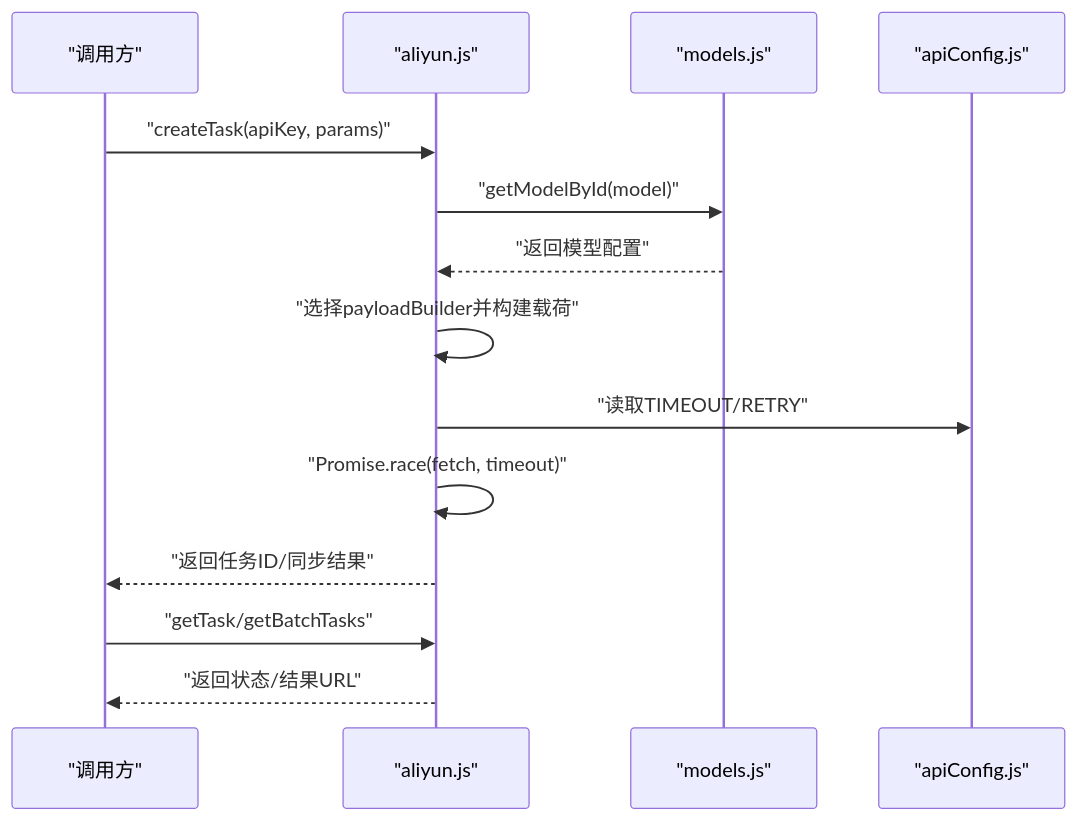
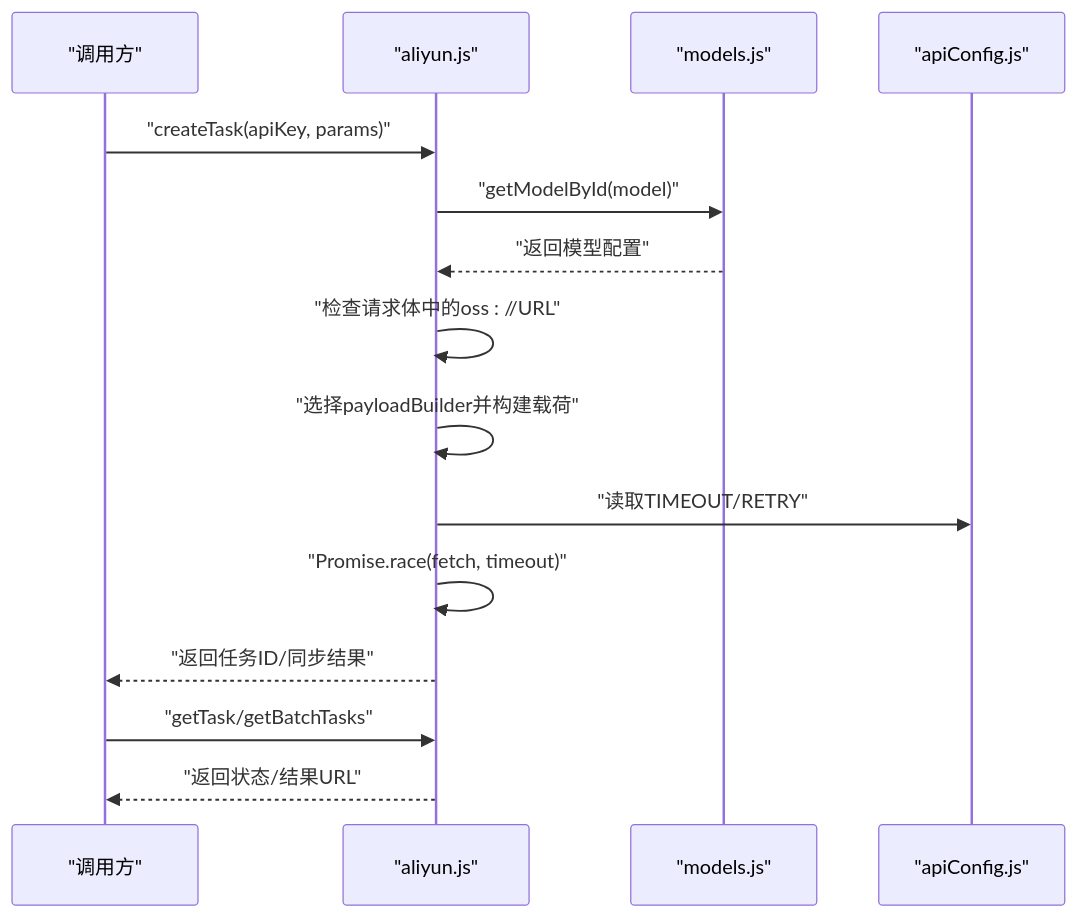
Before and after one commit to alex0001yyy/wan-app: the fifth of 8 diagrams in .qoder/repowiki/zh/content/架构设计/服务层架构/工具函数服务.md, drawn with Mermaid. The commit also changed other lines of this file and 35 other files, not shown here.

````diff
--- a/.qoder/repowiki/zh/content/架构设计/服务层架构/工具函数服务.md
+++ b/.qoder/repowiki/zh/content/架构设计/服务层架构/工具函数服务.md
@@ -199,16 +248,17 @@
 ```mermaid
 sequenceDiagram
 participant Caller as "调用方"
 participant AL as "aliyun.js"
 participant MC as "models.js"
 participant AC as "apiConfig.js"
 Caller->>AL : "createTask(apiKey, params)"
 AL->>MC : "getModelById(model)"
 MC-->>AL : "返回模型配置"
+AL->>AL : "检查请求体中的oss : //URL"
 AL->>AL : "选择payloadBuilder并构建载荷"
 AL->>AC : "读取TIMEOUT/RETRY"
 AL->>AL : "Promise.race(fetch, timeout)"
 AL-->>Caller : "返回任务ID/同步结果"
 Caller->>AL : "getTask/getBatchTasks"
 AL-->>Caller : "返回状态/结果URL"
 ```
````
